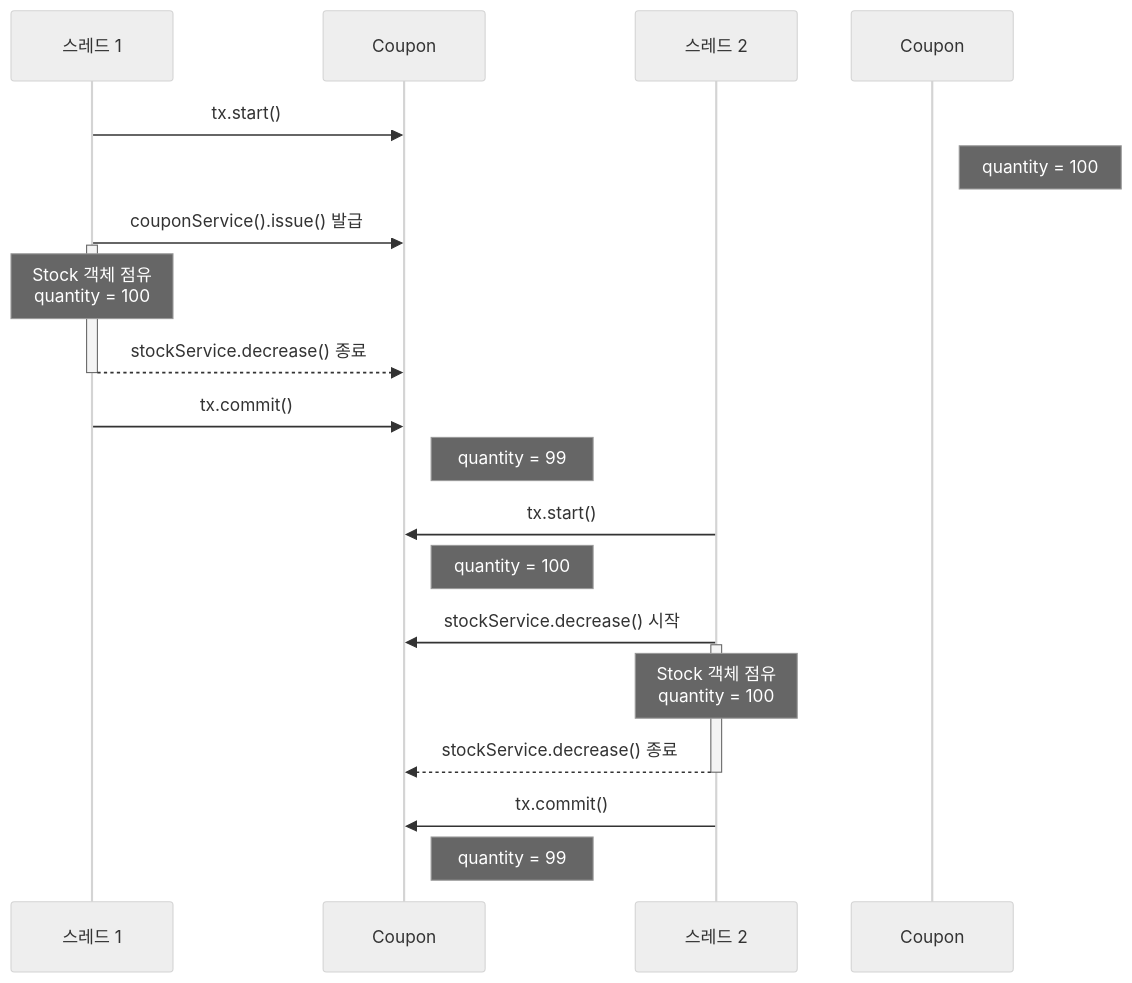
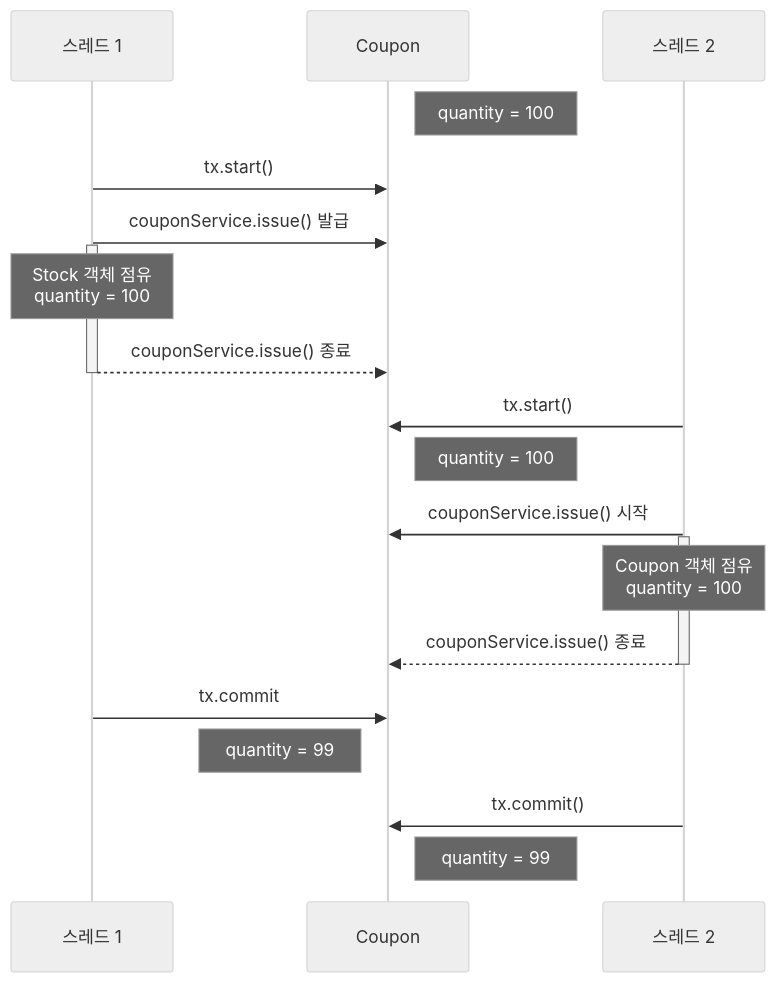
Before and after one commit to shurona/shrona-docs: the diagram in content/03. Spring/락을 이용한 동시성 처리.md, drawn with Mermaid (neutral theme). The commit also changed other lines of this file and 1 other file, not shown here.

````diff
--- a/content/03. Spring/락을 이용한 동시성 처리.md
+++ b/content/03. Spring/락을 이용한 동시성 처리.md
@@ -47,26 +47,27 @@
 ```mermaid
 sequenceDiagram
     participant Thread1 as 스레드 1
     participant coupon as Coupon
     participant Thread2 as 스레드 2
     
+    
+    Note right of coupon: quantity = 100
     Thread1->>coupon: tx.start()
-    Note right of Coupon: quantity = 100
-    Thread1->>coupon: couponService().issue() 발급
+    Thread1->>coupon: couponService.issue() 발급
     activate Thread1
     Note over Thread1: Stock 객체 점유<br/>quantity = 100
-    Thread1-->>coupon: stockService.decrease() 종료
+    Thread1-->>coupon: couponService.issue() 종료
     deactivate Thread1
-    Thread1->>coupon: tx.commit()
-    Note right of coupon: quantity = 99
-    
+
     Thread2->>coupon: tx.start()
     Note right of coupon: quantity = 100
-    Thread2->>coupon: stockService.decrease() 시작
+    Thread2->>coupon: couponService.issue() 시작
     activate Thread2
-    Note over Thread2: Stock 객체 점유<br/>quantity = 100
-    Thread2-->>coupon: stockService.decrease() 종료
+    Note over Thread2: Coupon 객체 점유<br/>quantity = 100
+    Thread2-->>coupon: couponService.issue() 종료
     deactivate Thread2
+    Thread1->>coupon: tx.commit
+    Note left of coupon: quantity = 99
     Thread2->>coupon: tx.commit()
     Note right of coupon: quantity = 99
 ```
````
